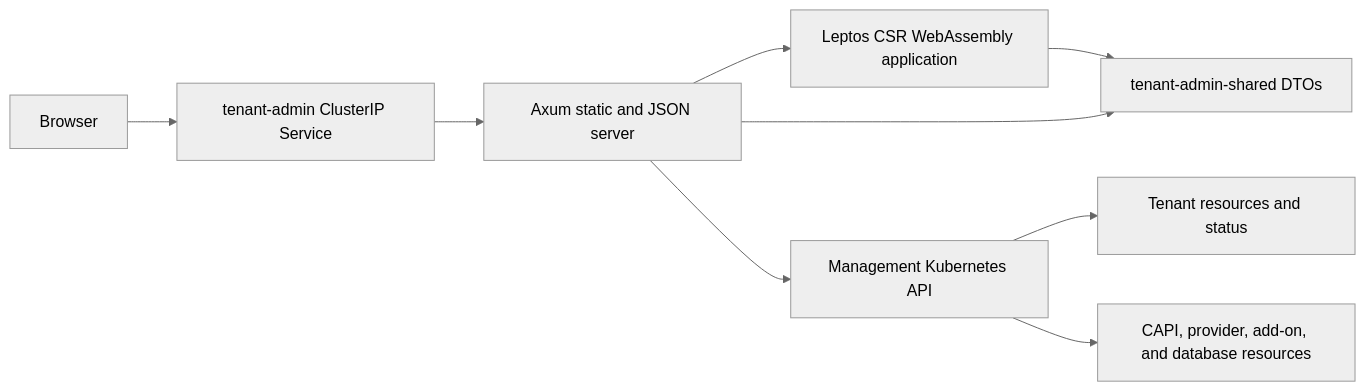
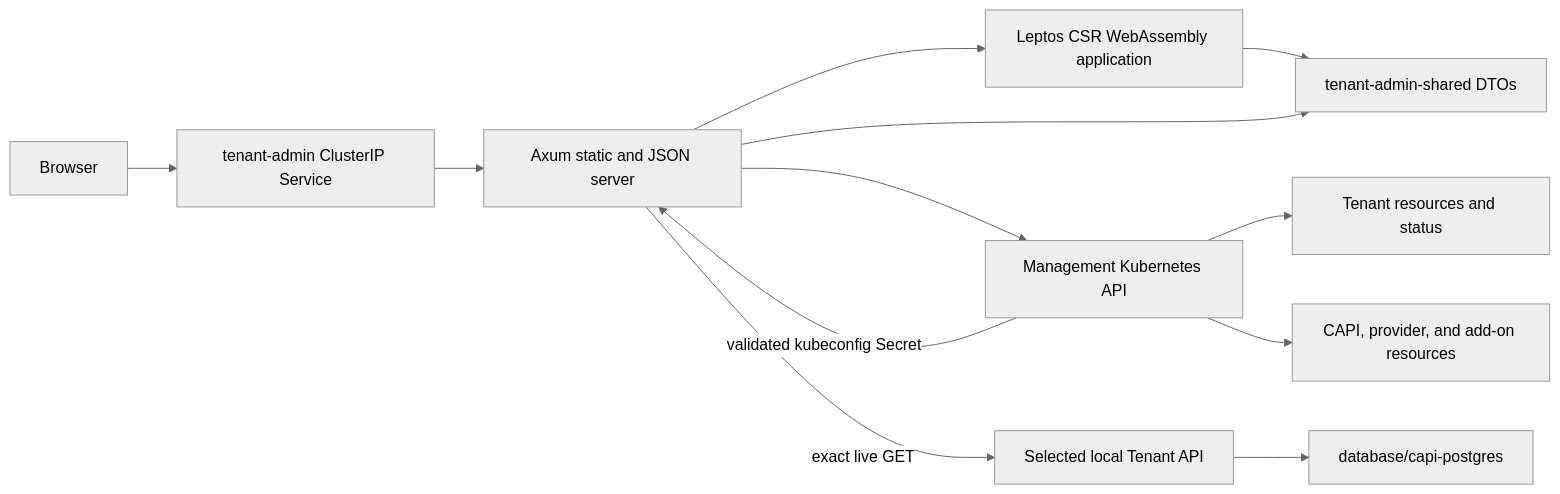
Before and after one commit to youyuanwu/cnpg-vcluster: the diagram in capi/docs/admin-ui-design.md, drawn with Mermaid (neutral theme). The commit also changed other lines of this file and 23 other files, not shown here.

Commit message:
Add live CNPG topology to Tenant Admin (#30)

````diff
--- a/capi/docs/admin-ui-design.md
+++ b/capi/docs/admin-ui-design.md
@@ -23,19 +26,24 @@
 ```mermaid
 flowchart LR
   Browser[Browser]
   Service[tenant-admin ClusterIP Service]
   Axum[Axum static and JSON server]
   Leptos[Leptos CSR WebAssembly application]
   DTO[tenant-admin-shared DTOs]
   Kube[Management Kubernetes API]
+  TenantAPI[Selected local Tenant API]
+  CNPG[database/capi-postgres]
   Tenant[Tenant resources and status]
-  Resources[CAPI, provider, add-on, and database resources]
+  Resources[CAPI, provider, and add-on resources]
 
   Browser --> Service --> Axum
   Axum --> Leptos
   Leptos --> DTO
   Axum --> DTO
   Axum --> Kube
   Kube --> Tenant
   Kube --> Resources
+  Kube -->|validated kubeconfig Secret| Axum
+  Axum -->|exact live GET| TenantAPI
+  TenantAPI --> CNPG
 ```
````
